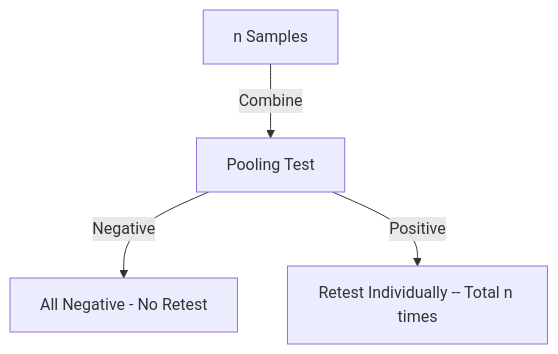
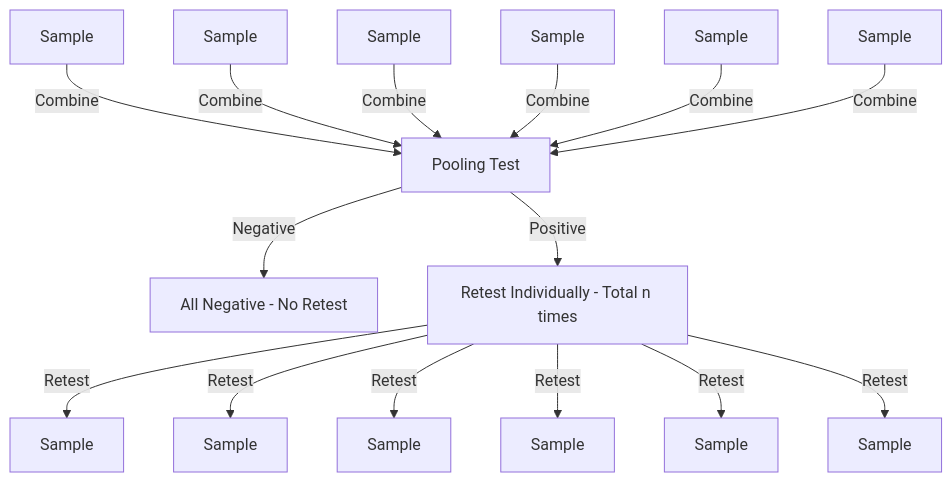
One commit to piti118/asian-science-camp-2025 changed the diagram in slides.md. Above: the diagram before and after it, drawn with Mermaid. The commit also changed other lines of this file, not shown here.

````diff
--- a/slides.md
+++ b/slides.md
@@ -383,6 +352,17 @@
 ```mermaid
-graph TD
-  A[n Samples] -->|Combine| B[Pooling Test]
+flowchart TD
+  A1[Sample] -->|Combine| B[Pooling Test]
+  A2[Sample] -->|Combine| B[Pooling Test]
+  A3[Sample] -->|Combine| B[Pooling Test]
+  A4[Sample] -->|Combine| B[Pooling Test]
+  A5[Sample] -->|Combine| B[Pooling Test]
+  A6[Sample] -->|Combine| B[Pooling Test]
   B -->|Negative| C[All Negative - No Retest]
-  B -->|Positive| D[Retest Individually -- Total n times]
+  B -->|Positive| D[Retest Individually - Total n times]
+  D -->|Retest| E1[Sample]
+  D -->|Retest| E2[Sample]
+  D -->|Retest| E3[Sample]
+  D -->|Retest| E4[Sample]
+  D -->|Retest| E5[Sample]
+  D -->|Retest| E6[Sample]
 ```
````
